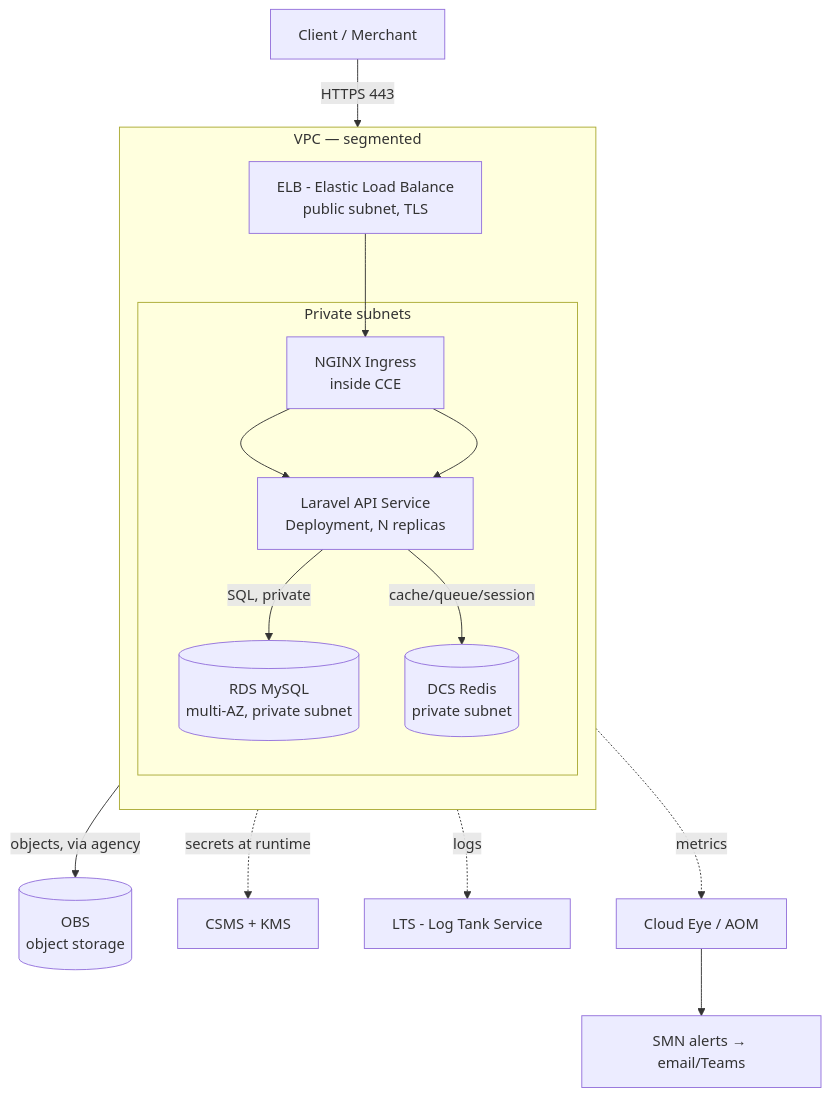
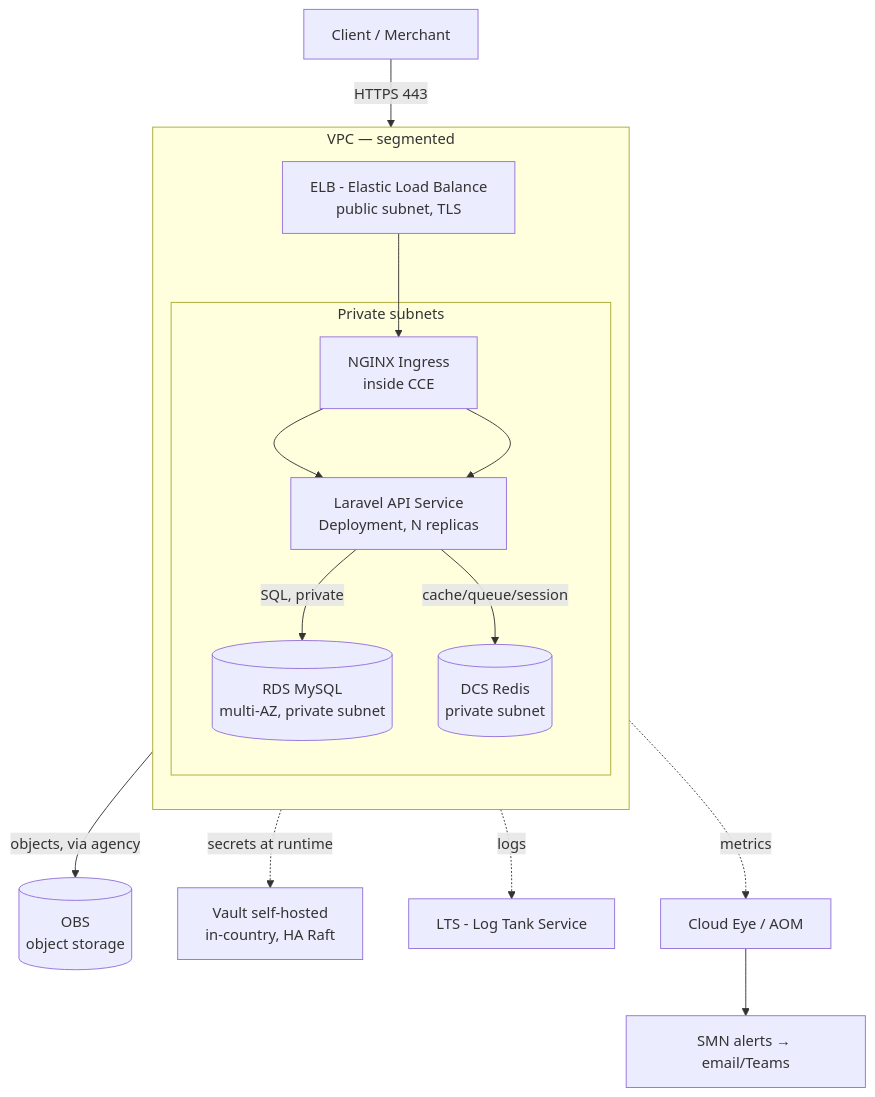
One commit to mosesboriowo/assessment changed the diagram in docs/architecture/architecture.md. Above: the diagram before and after it, drawn with Mermaid. The commit also changed other lines of this file and 24 other files, not shown here.

````diff
--- a/docs/architecture/architecture.md
+++ b/docs/architecture/architecture.md
@@ -52,22 +52,22 @@
 ```mermaid
 flowchart TB
   U[Client / Merchant] -->|HTTPS 443| ELB[ELB - Elastic Load Balance<br/>public subnet, TLS]
   ELB --> ING[NGINX Ingress<br/>inside CCE]
   ING --> SVC[Laravel API Service<br/>Deployment, N replicas]
   SVC -->|SQL, private| RDS[(RDS MySQL<br/>multi-AZ, private subnet)]
   SVC -->|cache/queue/session| REDIS[(DCS Redis<br/>private subnet)]
   SVC -->|objects, via agency| OBS[(OBS<br/>object storage)]
-  SVC -. secrets at runtime .-> CSMS[CSMS + KMS]
+  SVC -. secrets at runtime .-> VAULT[Vault self-hosted<br/>in-country, HA Raft]
   SVC -. logs .-> LTS[LTS - Log Tank Service]
   SVC -. metrics .-> CE[Cloud Eye / AOM]
   CE --> SMN[SMN alerts → email/Teams]
   subgraph VPC [VPC — segmented]
     direction TB
     ELB
     subgraph private [Private subnets]
       ING --> SVC
       RDS
       REDIS
     end
   end
 ```
````
